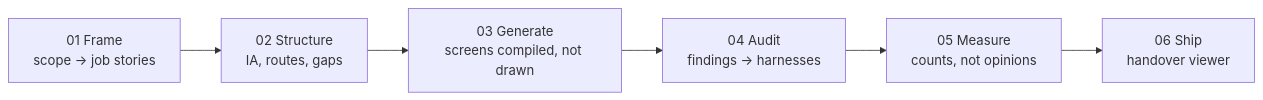
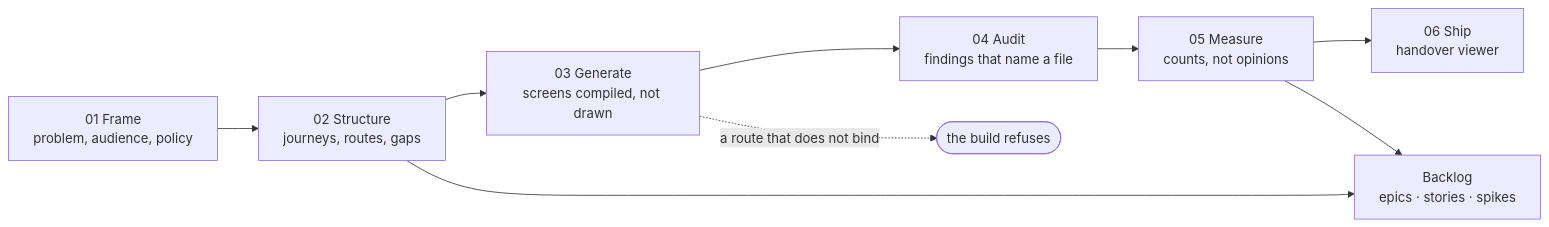
Before and after one commit to VeghV03/measured-design-skills: the diagram in README.md, drawn with Mermaid. The commit also changed other lines of this file, not shown here.

````diff
--- a/README.md
+++ b/README.md
@@ -57,8 +203,11 @@
 ```mermaid
 flowchart LR
-    F1["01 Frame<br/>scope → job stories"] --> F2["02 Structure<br/>IA, routes, gaps"]
+    F1["01 Frame<br/>problem, audience, policy"] --> F2["02 Structure<br/>journeys, routes, gaps"]
     F2 --> F3["03 Generate<br/>screens compiled, not drawn"]
-    F3 --> F4["04 Audit<br/>findings → harnesses"]
+    F3 --> F4["04 Audit<br/>findings that name a file"]
     F4 --> F5["05 Measure<br/>counts, not opinions"]
     F5 --> F6["06 Ship<br/>handover viewer"]
+    F3 -. "a route that does not bind" .-> G(["the build refuses"])
+    F2 --> B["Backlog<br/>epics · stories · spikes"]
+    F5 --> B
 ```
````
